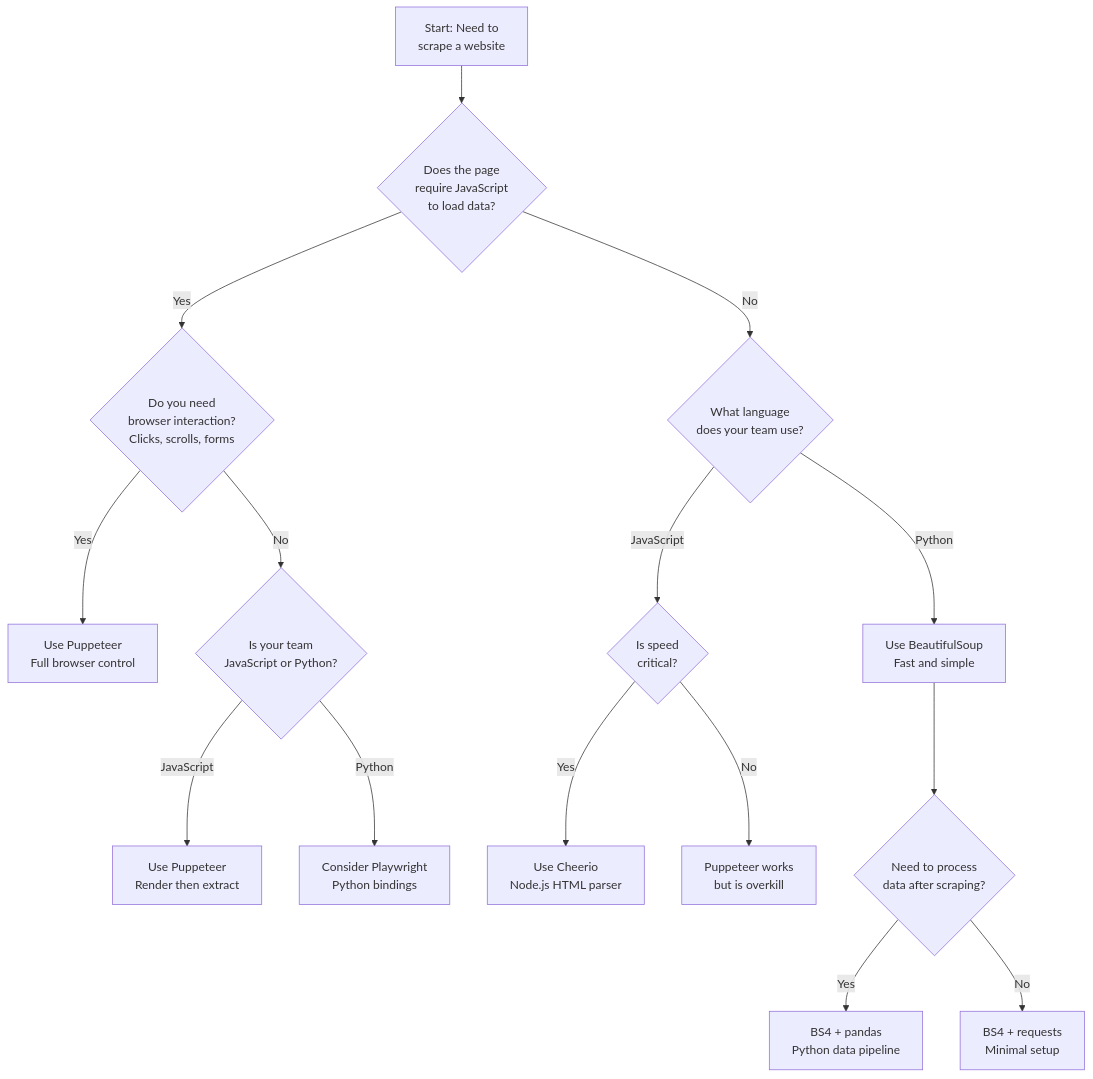
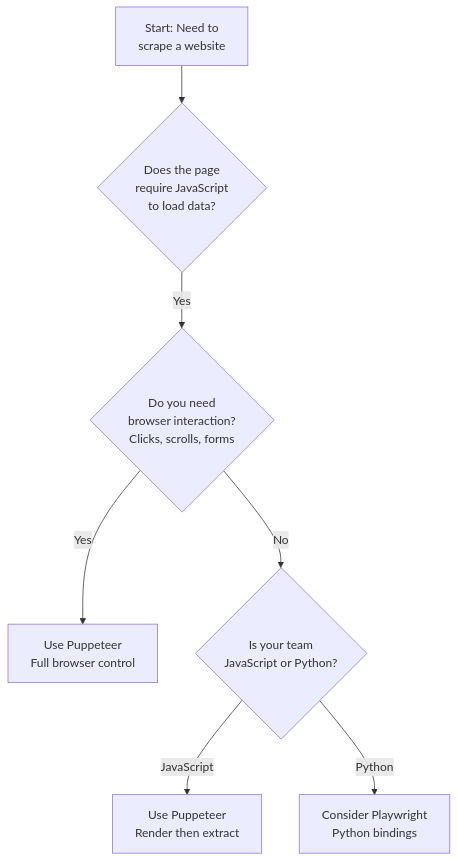
One commit to bytetunnels/bytetunnels.github.com changed the first of 3 diagrams in _posts/2026-02-18-puppeteer-vs-beautifulsoup-comparing-javascript-python-scraping.md. Above: the diagram before and after it, drawn with Mermaid. The commit also changed other lines of this file and 118 other files, not shown here.

Commit message:
feat: improve diagram styling and compact wide flowcharts

````diff
--- a/_posts/2026-02-18-puppeteer-vs-beautifulsoup-comparing-javascript-python-scraping.md
+++ b/_posts/2026-02-18-puppeteer-vs-beautifulsoup-comparing-javascript-python-scraping.md
@@ -574,17 +576,9 @@
 ```mermaid
 graph TD
     A[Start: Need to<br>scrape a website] --> B{Does the page<br>require JavaScript<br>to load data?}
     B -->|Yes| C{Do you need<br>browser interaction?<br>Clicks, scrolls, forms}
-    B -->|No| D{What language<br>does your team use?}
     C -->|Yes| E[Use Puppeteer<br>Full browser control]
     C -->|No| F{Is your team<br>JavaScript or Python?}
     F -->|JavaScript| G[Use Puppeteer<br>Render then extract]
     F -->|Python| H[Consider Playwright<br>Python bindings]
-    D -->|Python| I[Use BeautifulSoup<br>Fast and simple]
-    D -->|JavaScript| J{Is speed<br>critical?}
-    J -->|Yes| K[Use Cheerio<br>Node.js HTML parser]
-    J -->|No| L[Puppeteer works<br>but is overkill]
-    I --> M{Need to process<br>data after scraping?}
-    M -->|Yes| N[BS4 + pandas<br>Python data pipeline]
-    M -->|No| O[BS4 + requests<br>Minimal setup]
 ```
````
